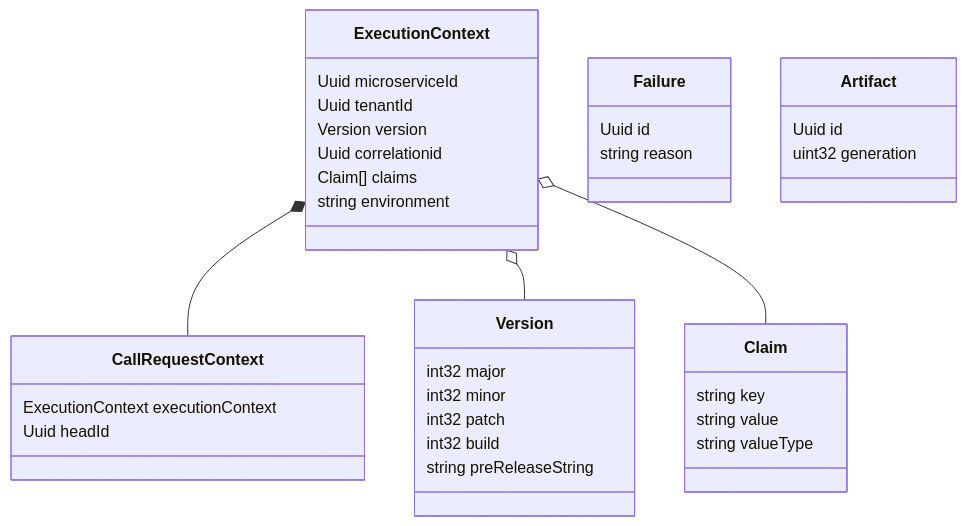
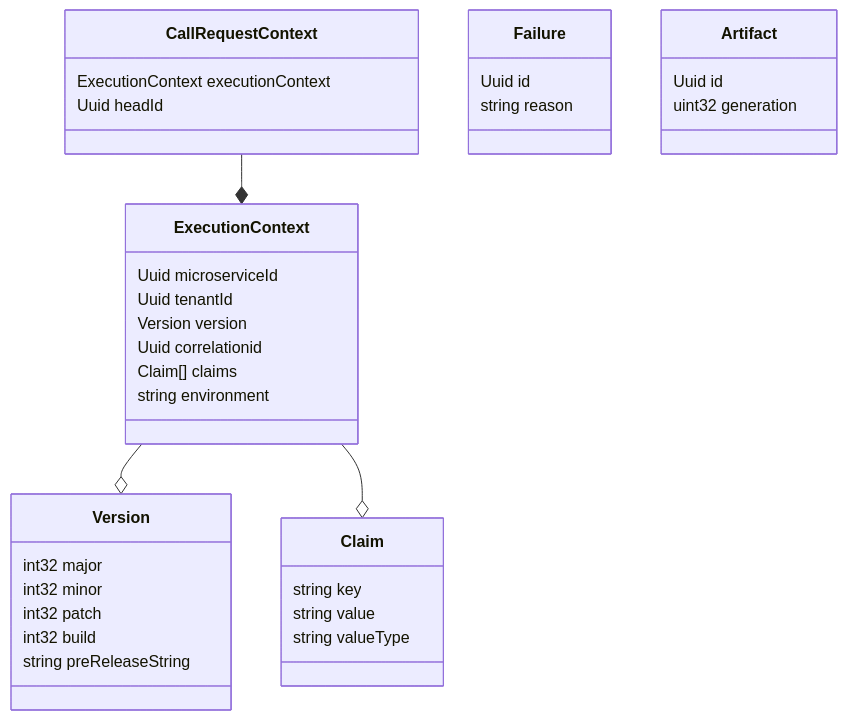
The diagram in Documentation/References/Services/types.md (dolittle/Runtime), drawn with Mermaid before and after one commit. The commit also changed 1 other file, not shown here.

Commit message:
Finish event_store service

```diff
--- a/Documentation/References/Services/types.md
+++ b/Documentation/References/Services/types.md
@@ -7,38 +7,38 @@
 <div class="mermaid">
 classDiagram
     class CallRequestContext{
         ExecutionContext executionContext
         Uuid headId
     }
     class ExecutionContext{
         Uuid microserviceId
         Uuid tenantId
         Version version
         Uuid correlationid
         Claim[] claims
         string environment
     }
     class Version{
         int32 major
         int32 minor
         int32 patch
         int32 build
         string preReleaseString
     }
     class Claim{
         string key
         string value
         string valueType
     }
     class Failure{
         Uuid id
         string reason
     }
     class Artifact{
         Uuid id
         uint32 generation
     }
-    ExecutionContext *-- CallRequestContext
-    ExecutionContext o-- Version
-    ExecutionContext o-- Claim
+    CallRequestContext --* ExecutionContext
+    ExecutionContext --o Version
+    ExecutionContext --o Claim
 </div>
```
